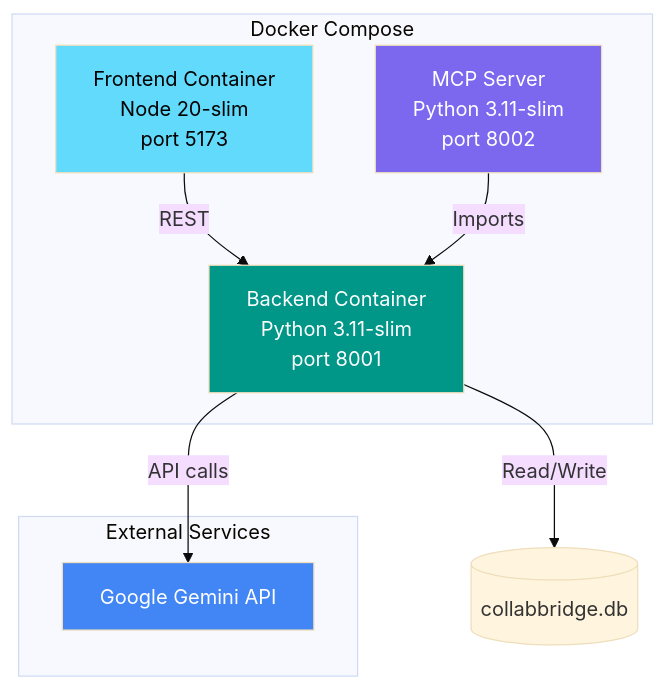
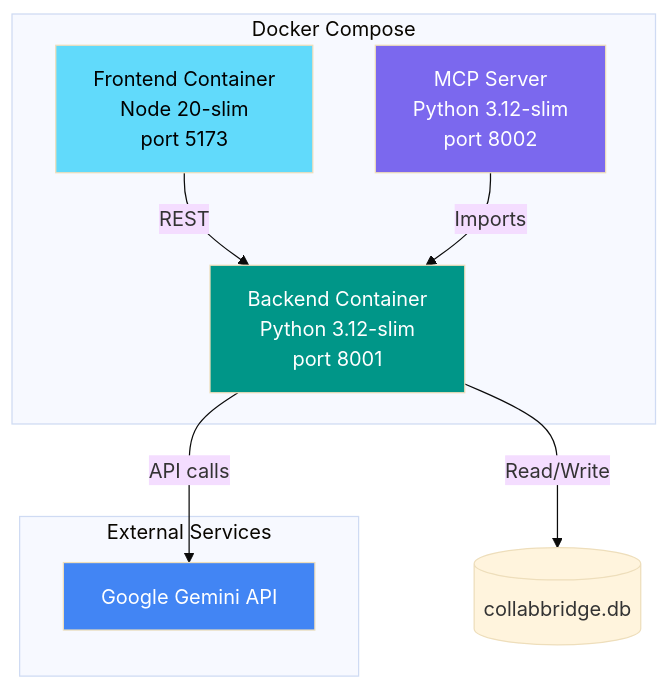
One commit to Mohamad-Hallak/Intensive-Vibe-Coding-Capstone-Project_CollabBridge changed the sixth of 6 diagrams in docs/Architecture.md. Above: the diagram before and after it, drawn with Mermaid (base theme). The commit also changed 5 other files, not shown here.

````diff
--- a/docs/Architecture.md
+++ b/docs/Architecture.md
@@ -277,22 +277,22 @@
 ```mermaid
 graph TB
     subgraph Docker Compose
         FE_C[Frontend Container<br/>Node 20-slim<br/>port 5173]
-        BE_C[Backend Container<br/>Python 3.11-slim<br/>port 8001]
-        MCP_C[MCP Server<br/>Python 3.11-slim<br/>port 8002]
+        BE_C[Backend Container<br/>Python 3.12-slim<br/>port 8001]
+        MCP_C[MCP Server<br/>Python 3.12-slim<br/>port 8002]
     end
 
     subgraph External Services
         GEMINI[Google Gemini API]
     end
 
     FE_C -->|REST| BE_C
     MCP_C -->|Imports| BE_C
     BE_C -->|API calls| GEMINI
     BE_C -->|Read/Write| DB[(collabbridge.db)]
 
     style FE_C fill:#61DAFB,color:#000
     style BE_C fill:#009688,color:#fff
     style MCP_C fill:#7B68EE,color:#fff
     style GEMINI fill:#4285F4,color:#fff
 ```
````
